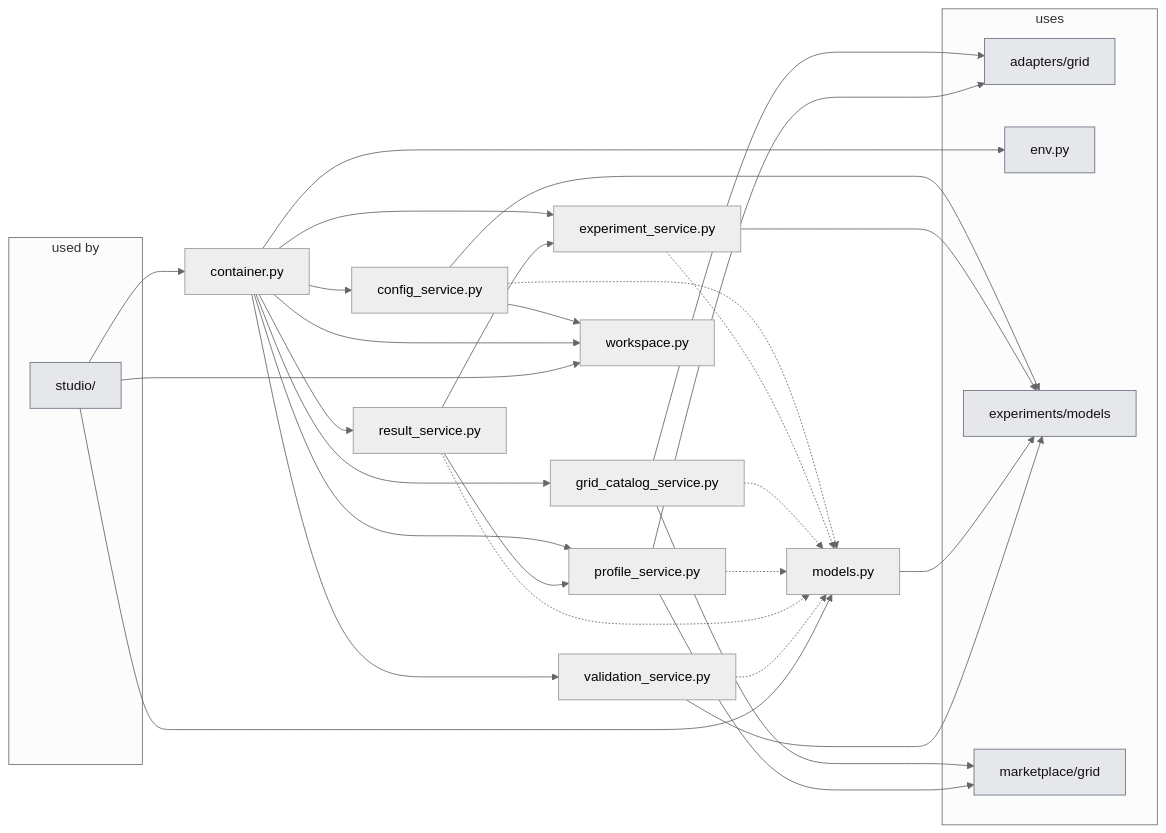
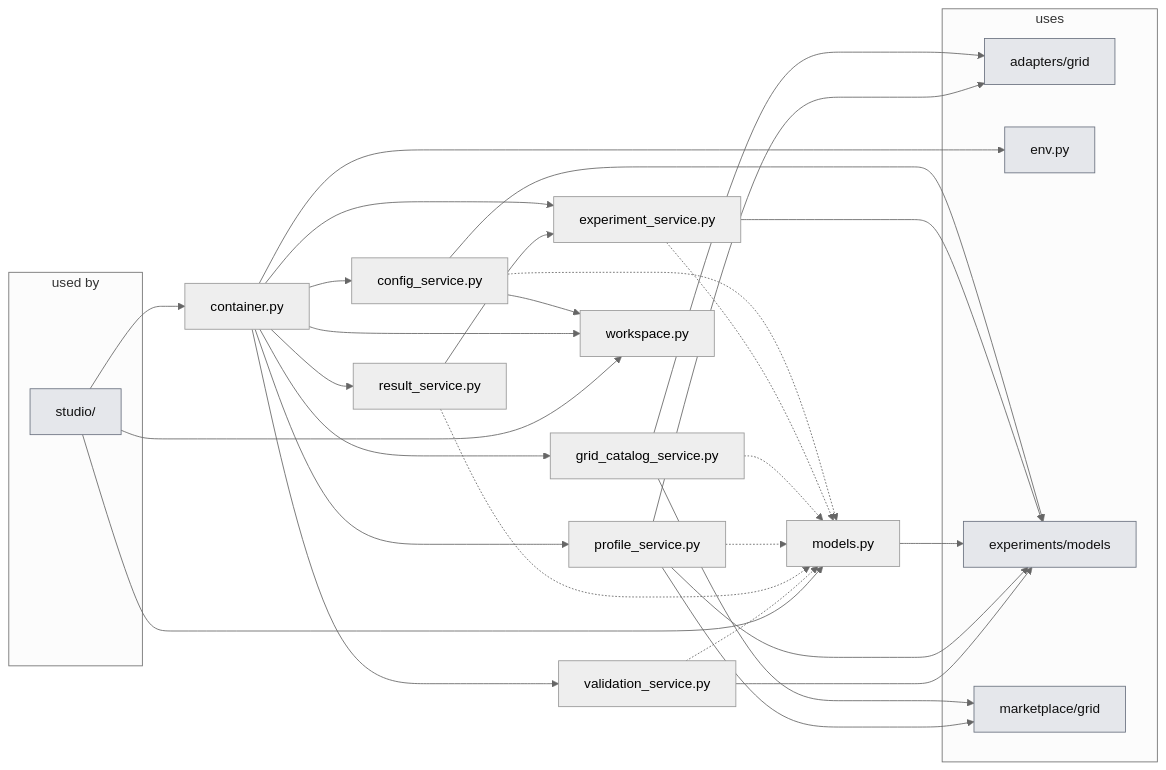
Before and after one commit to KevinRapo/P2P-thesis: the second of 2 diagrams in docs_thesis/thesis/architecture/04-application-layer.md, drawn with Mermaid (neutral theme). The commit also changed other lines of this file and 4 other files, not shown here.

````diff
--- a/docs_thesis/thesis/architecture/04-application-layer.md
+++ b/docs_thesis/thesis/architecture/04-application-layer.md
@@ -61,50 +61,50 @@
 ```mermaid
 flowchart LR
   subgraph USERS["used by"]
     n_studio__users_["studio/"]:::ext
   end
   n_application_config_service["config_service.py"]
   n_application_container["container.py"]
   n_application_experiment_service["experiment_service.py"]
   n_application_grid_catalog_service["grid_catalog_service.py"]
   n_application_models["models.py"]
   n_application_profile_service["profile_service.py"]
   n_application_result_service["result_service.py"]
   n_application_validation_service["validation_service.py"]
   n_application_workspace["workspace.py"]
   subgraph USES["uses"]
     n_adapters_grid["adapters/grid"]:::ext
     n_env["env.py"]:::ext
     n_experiments_models["experiments/models"]:::ext
     n_marketplace_grid["marketplace/grid"]:::ext
   end
   n_application_config_service -.-> n_application_models
   n_application_config_service --> n_application_workspace
   n_application_config_service --> n_experiments_models
   n_application_container --> n_application_config_service
   n_application_container --> n_application_experiment_service
   n_application_container --> n_application_grid_catalog_service
   n_application_container --> n_application_profile_service
   n_application_container --> n_application_result_service
   n_application_container --> n_application_validation_service
   n_application_container --> n_application_workspace
   n_application_container --> n_env
   n_application_experiment_service -.-> n_application_models
   n_application_experiment_service --> n_experiments_models
   n_application_grid_catalog_service --> n_adapters_grid
   n_application_grid_catalog_service -.-> n_application_models
   n_application_grid_catalog_service --> n_marketplace_grid
   n_application_models --> n_experiments_models
   n_application_profile_service --> n_adapters_grid
   n_application_profile_service -.-> n_application_models
+  n_application_profile_service --> n_experiments_models
   n_application_profile_service --> n_marketplace_grid
   n_application_result_service --> n_application_experiment_service
   n_application_result_service -.-> n_application_models
-  n_application_result_service --> n_application_profile_service
   n_application_validation_service -.-> n_application_models
   n_application_validation_service --> n_experiments_models
   n_studio__users_ --> n_application_container
   n_studio__users_ --> n_application_models
   n_studio__users_ --> n_application_workspace
   classDef ext fill:#e5e7eb,stroke:#6b7280,color:#111
 ```
````
